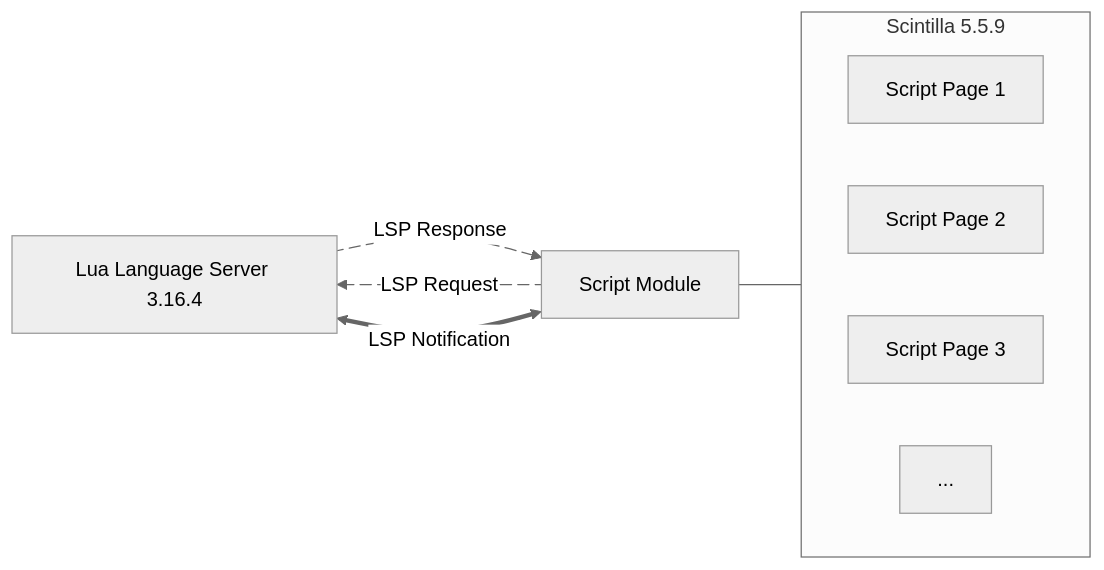
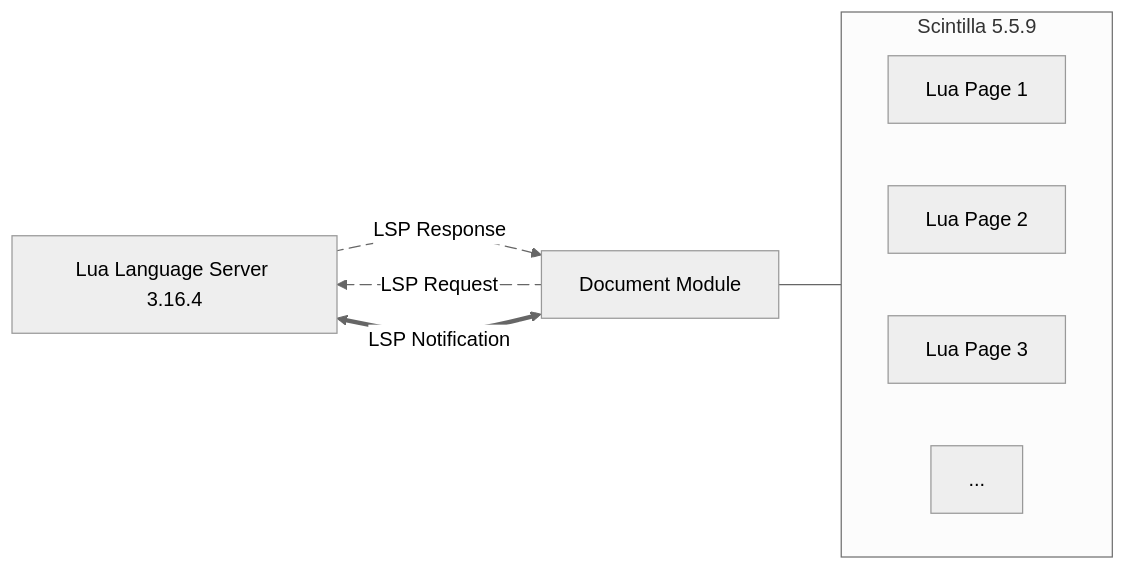
One commit to zyt20001205/UniComm2 changed the third of 3 diagrams in README.md. Above: the diagram before and after it, drawn with Mermaid (neutral theme). The commit also changed other lines of this file and 53 other files, not shown here.

````diff
--- a/README.md
+++ b/README.md
@@ -284,18 +284,18 @@
 ```mermaid
 flowchart LR
     luaLanguageServer[Lua Language Server 3.16.4]
-    documentModule[Script Module]
+    documentModule[Document Module]
     subgraph scintilla[Scintilla 5.5.9]
         direction LR
-        luaPage1[Script Page 1]
-        luaPage2[Script Page 2]
-        luaPage3[Script Page 3]
+        luaPage1[Lua Page 1]
+        luaPage2[Lua Page 2]
+        luaPage3[Lua Page 3]
         luaPage4[...]
     end
     documentModule e1@ -->|LSP Request| luaLanguageServer
     documentModule <==>|LSP Notification| luaLanguageServer
     luaLanguageServer e2@ -->|LSP Response| documentModule
     documentModule --- scintilla
     e1@{animate: true}
     e2@{animate: true}
 ```
````
